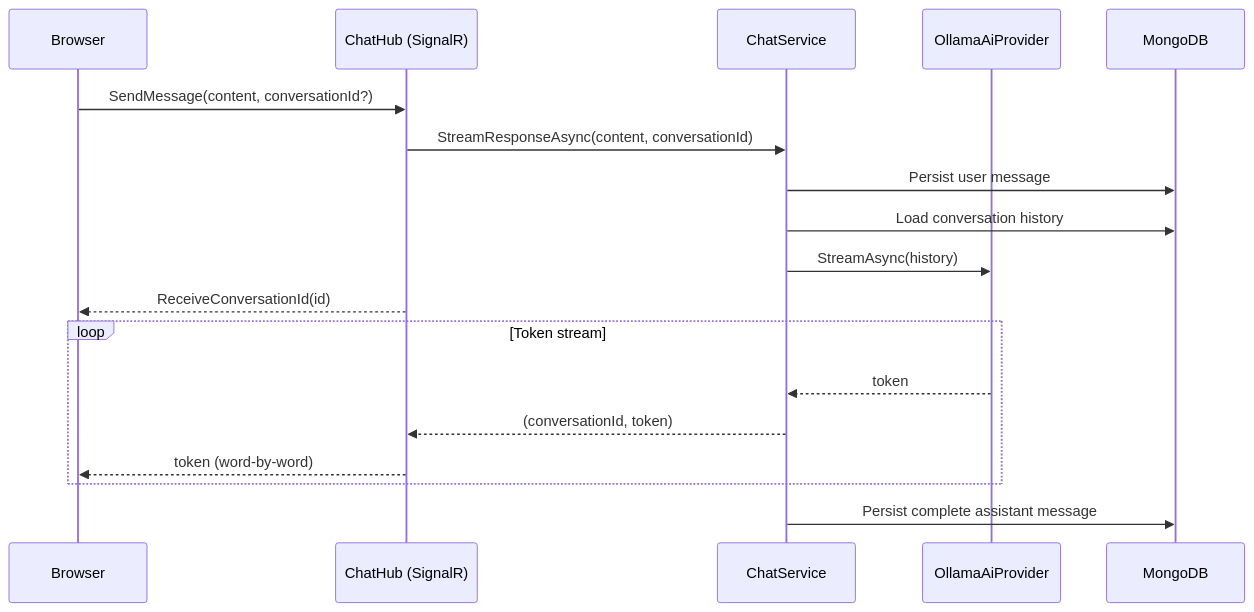
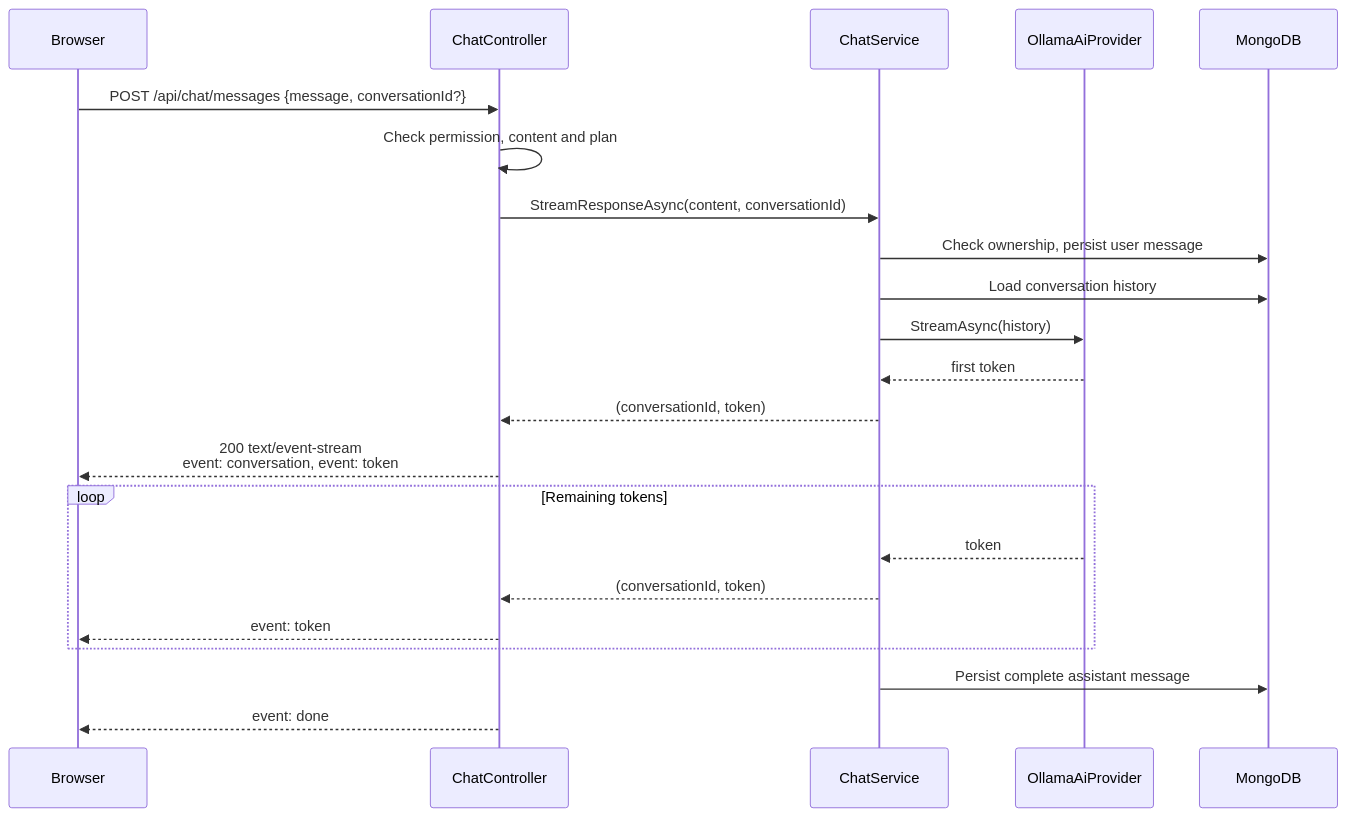
One commit to asifarshadullah/chatapp changed the second of 2 diagrams in README.md. Above: the diagram before and after it, drawn with Mermaid. The commit also changed other lines of this file and 1 other file, not shown here.

Commit message:
docs: Record streaming chat replies over SSE
Closes #24

````diff
--- a/README.md
+++ b/README.md
@@ -75,21 +75,25 @@
 ```mermaid
 sequenceDiagram
     participant Browser
-    participant Hub as ChatHub (SignalR)
+    participant Api as ChatController
     participant Svc as ChatService
     participant Ollama as OllamaAiProvider
     participant Mongo as MongoDB
 
-    Browser->>Hub: SendMessage(content, conversationId?)
-    Hub->>Svc: StreamResponseAsync(content, conversationId)
-    Svc->>Mongo: Persist user message
+    Browser->>Api: POST /api/chat/messages {message, conversationId?}
+    Api->>Api: Check permission, content and plan
+    Api->>Svc: StreamResponseAsync(content, conversationId)
+    Svc->>Mongo: Check ownership, persist user message
     Svc->>Mongo: Load conversation history
     Svc->>Ollama: StreamAsync(history)
-    Hub-->>Browser: ReceiveConversationId(id)
-    loop Token stream
+    Ollama-->>Svc: first token
+    Svc-->>Api: (conversationId, token)
+    Api-->>Browser: 200 text/event-stream<br/>event: conversation, event: token
+    loop Remaining tokens
         Ollama-->>Svc: token
-        Svc-->>Hub: (conversationId, token)
-        Hub-->>Browser: token (word-by-word)
+        Svc-->>Api: (conversationId, token)
+        Api-->>Browser: event: token
     end
     Svc->>Mongo: Persist complete assistant message
+    Api-->>Browser: event: done
 ```
````
